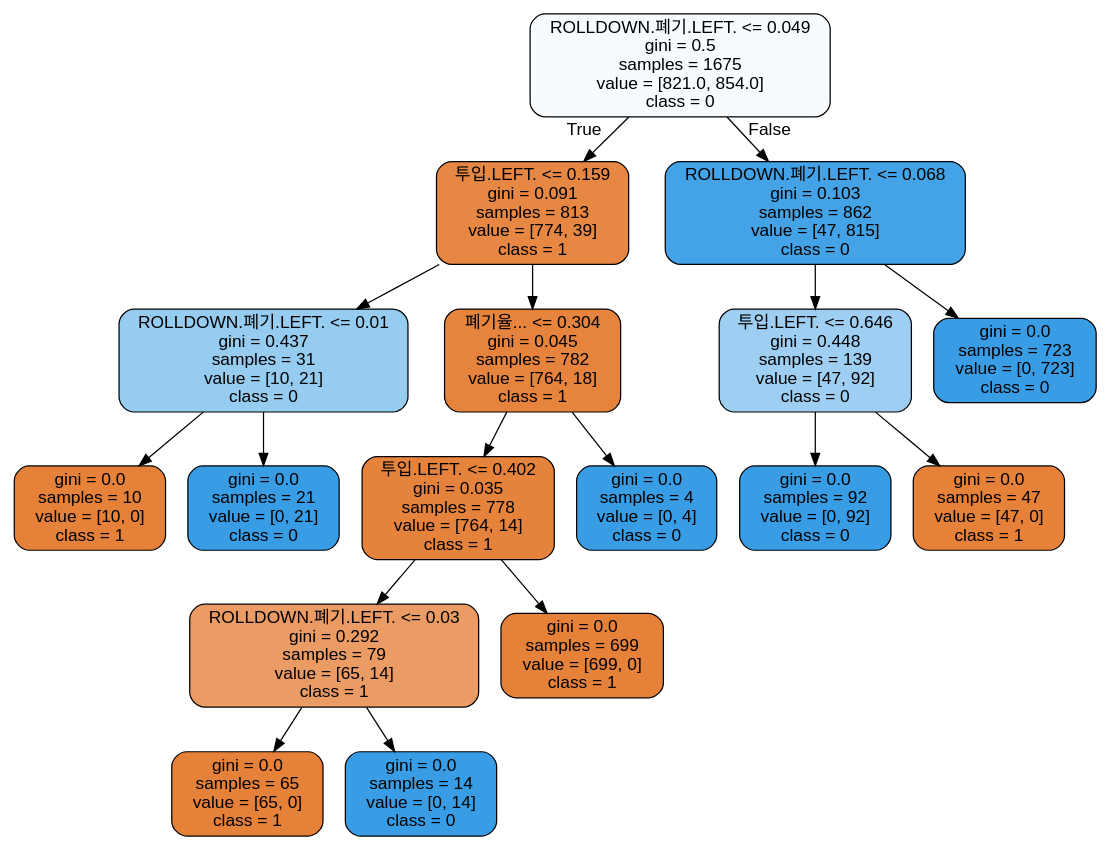
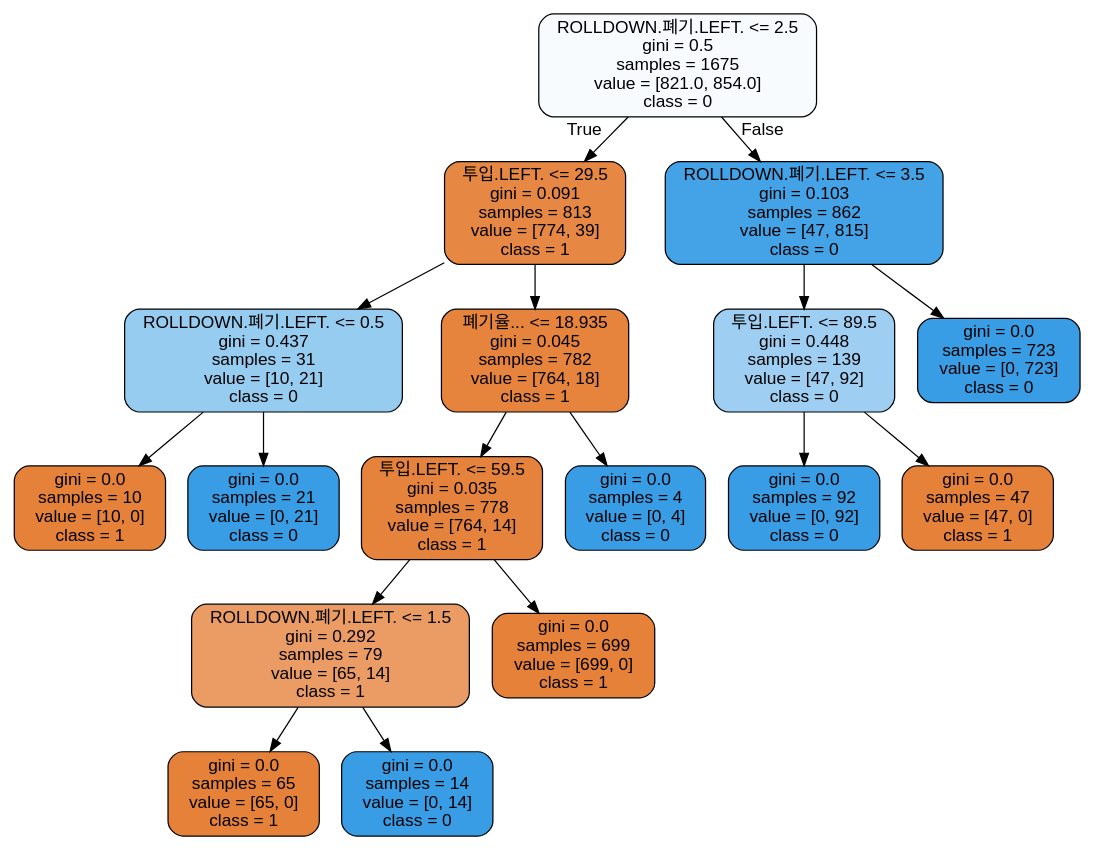
One commit to gmlwlswls/LGD_anomaly_detection changed the diagram in 01. 모델링/RD_tree.dot. Above: the diagram before and after it, drawn with Graphviz. The commit also changed 7 other files, not shown here.

```diff
--- a/01. 모델링/RD_tree.dot
+++ b/01. 모델링/RD_tree.dot
@@ -1,37 +1,37 @@
 digraph Tree {
 node [shape=box, style="filled, rounded", color="black", fontname="helvetica"] ;
 edge [fontname="helvetica"] ;
-0 [label="ROLLDOWN.폐기.LEFT. <= 0.049\ngini = 0.5\nsamples = 1675\nvalue = [821.0, 854.0]\nclass = 0", fillcolor="#f7fbfe"] ;
-1 [label="투입.LEFT. <= 0.159\ngini = 0.091\nsamples = 813\nvalue = [774, 39]\nclass = 1", fillcolor="#e68743"] ;
+0 [label="ROLLDOWN.폐기.LEFT. <= 2.5\ngini = 0.5\nsamples = 1675\nvalue = [821.0, 854.0]\nclass = 0", fillcolor="#f7fbfe"] ;
+1 [label="투입.LEFT. <= 29.5\ngini = 0.091\nsamples = 813\nvalue = [774, 39]\nclass = 1", fillcolor="#e68743"] ;
 0 -> 1 [labeldistance=2.5, labelangle=45, headlabel="True"] ;
-2 [label="ROLLDOWN.폐기.LEFT. <= 0.01\ngini = 0.437\nsamples = 31\nvalue = [10, 21]\nclass = 0", fillcolor="#97ccf1"] ;
+2 [label="ROLLDOWN.폐기.LEFT. <= 0.5\ngini = 0.437\nsamples = 31\nvalue = [10, 21]\nclass = 0", fillcolor="#97ccf1"] ;
 1 -> 2 ;
 3 [label="gini = 0.0\nsamples = 10\nvalue = [10, 0]\nclass = 1", fillcolor="#e58139"] ;
 2 -> 3 ;
 4 [label="gini = 0.0\nsamples = 21\nvalue = [0, 21]\nclass = 0", fillcolor="#399de5"] ;
 2 -> 4 ;
-5 [label="폐기율... <= 0.304\ngini = 0.045\nsamples = 782\nvalue = [764, 18]\nclass = 1", fillcolor="#e6843e"] ;
+5 [label="폐기율... <= 18.935\ngini = 0.045\nsamples = 782\nvalue = [764, 18]\nclass = 1", fillcolor="#e6843e"] ;
 1 -> 5 ;
-6 [label="투입.LEFT. <= 0.402\ngini = 0.035\nsamples = 778\nvalue = [764, 14]\nclass = 1", fillcolor="#e5833d"] ;
+6 [label="투입.LEFT. <= 59.5\ngini = 0.035\nsamples = 778\nvalue = [764, 14]\nclass = 1", fillcolor="#e5833d"] ;
 5 -> 6 ;
-7 [label="ROLLDOWN.폐기.LEFT. <= 0.03\ngini = 0.292\nsamples = 79\nvalue = [65, 14]\nclass = 1", fillcolor="#eb9c64"] ;
+7 [label="ROLLDOWN.폐기.LEFT. <= 1.5\ngini = 0.292\nsamples = 79\nvalue = [65, 14]\nclass = 1", fillcolor="#eb9c64"] ;
 6 -> 7 ;
 8 [label="gini = 0.0\nsamples = 65\nvalue = [65, 0]\nclass = 1", fillcolor="#e58139"] ;
 7 -> 8 ;
 9 [label="gini = 0.0\nsamples = 14\nvalue = [0, 14]\nclass = 0", fillcolor="#399de5"] ;
 7 -> 9 ;
 10 [label="gini = 0.0\nsamples = 699\nvalue = [699, 0]\nclass = 1", fillcolor="#e58139"] ;
 6 -> 10 ;
 11 [label="gini = 0.0\nsamples = 4\nvalue = [0, 4]\nclass = 0", fillcolor="#399de5"] ;
 5 -> 11 ;
-12 [label="ROLLDOWN.폐기.LEFT. <= 0.068\ngini = 0.103\nsamples = 862\nvalue = [47, 815]\nclass = 0", fillcolor="#44a3e6"] ;
+12 [label="ROLLDOWN.폐기.LEFT. <= 3.5\ngini = 0.103\nsamples = 862\nvalue = [47, 815]\nclass = 0", fillcolor="#44a3e6"] ;
 0 -> 12 [labeldistance=2.5, labelangle=-45, headlabel="False"] ;
-13 [label="투입.LEFT. <= 0.646\ngini = 0.448\nsamples = 139\nvalue = [47, 92]\nclass = 0", fillcolor="#9ecff2"] ;
+13 [label="투입.LEFT. <= 89.5\ngini = 0.448\nsamples = 139\nvalue = [47, 92]\nclass = 0", fillcolor="#9ecff2"] ;
 12 -> 13 ;
 14 [label="gini = 0.0\nsamples = 92\nvalue = [0, 92]\nclass = 0", fillcolor="#399de5"] ;
 13 -> 14 ;
 15 [label="gini = 0.0\nsamples = 47\nvalue = [47, 0]\nclass = 1", fillcolor="#e58139"] ;
 13 -> 15 ;
 16 [label="gini = 0.0\nsamples = 723\nvalue = [0, 723]\nclass = 0", fillcolor="#399de5"] ;
 12 -> 16 ;
 }
```
